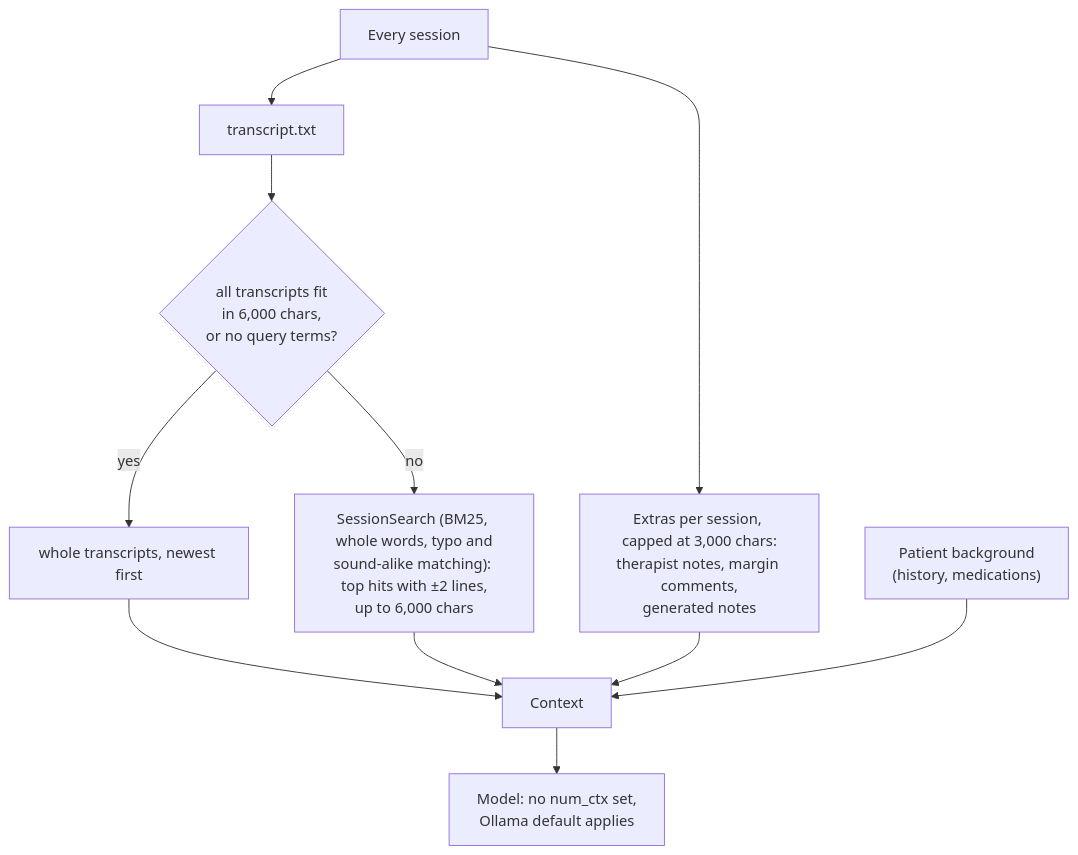
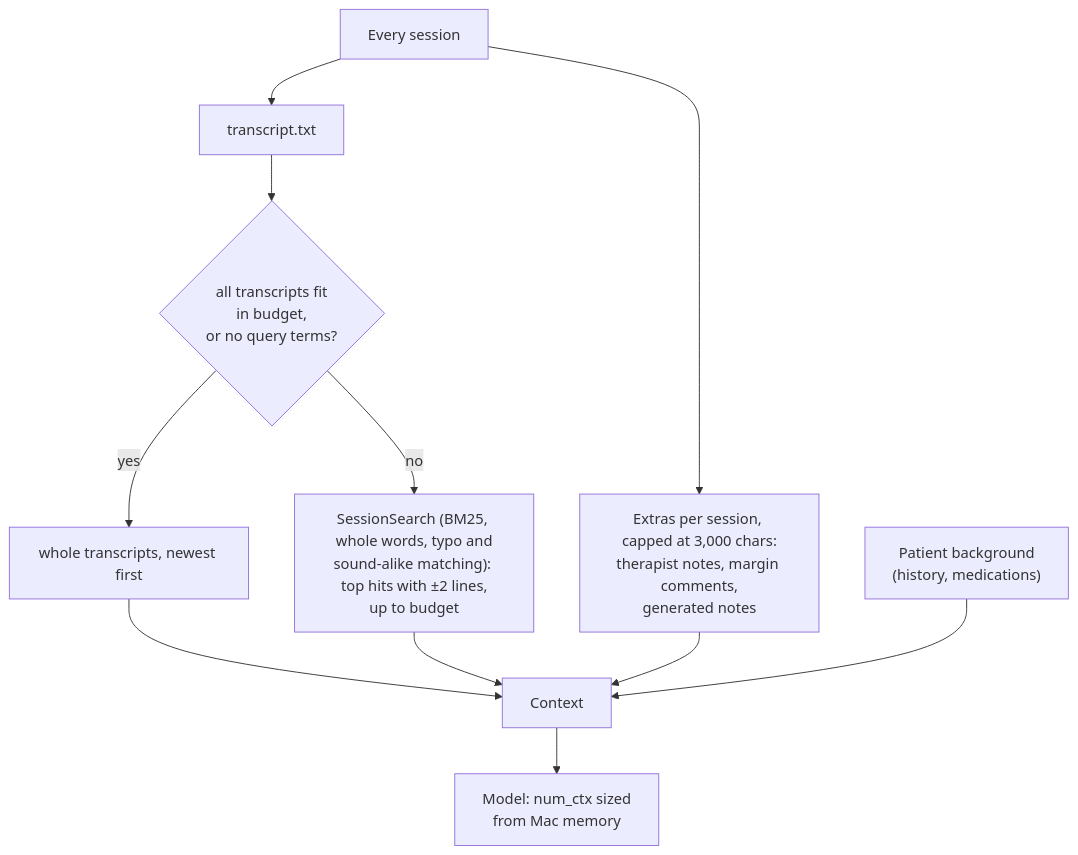
The first of 4 diagrams in docs/DESIGN-DECISIONS.md (mgwedd/aletheia), drawn with Mermaid before and after one commit. The commit also changed other lines of this file, not shown here.

````diff
--- a/docs/DESIGN-DECISIONS.md
+++ b/docs/DESIGN-DECISIONS.md
@@ -16,13 +16,13 @@
 ```mermaid
 flowchart TD
   S[Every session] --> T[transcript.txt]
   S --> X["Extras per session, capped at 3,000 chars:<br/>therapist notes, margin comments,<br/>generated notes"]
-  T --> R{"all transcripts fit<br/>in 6,000 chars,<br/>or no query terms?"}
+  T --> R{"all transcripts fit<br/>in budget,<br/>or no query terms?"}
   R -->|yes| W[whole transcripts, newest first]
-  R -->|no| K["SessionSearch (BM25, whole words, typo and<br/>sound-alike matching): top hits with ±2 lines,<br/>up to 6,000 chars"]
+  R -->|no| K["SessionSearch (BM25, whole words, typo and<br/>sound-alike matching): top hits with ±2 lines,<br/>up to budget"]
   W --> C[Context]
   K --> C
   X --> C
   B["Patient background<br/>(history, medications)"] --> C
-  C --> M["Model: no num_ctx set,<br/>Ollama default applies"]
+  C --> M["Model: num_ctx sized<br/>from Mac memory"]
 ```
````
